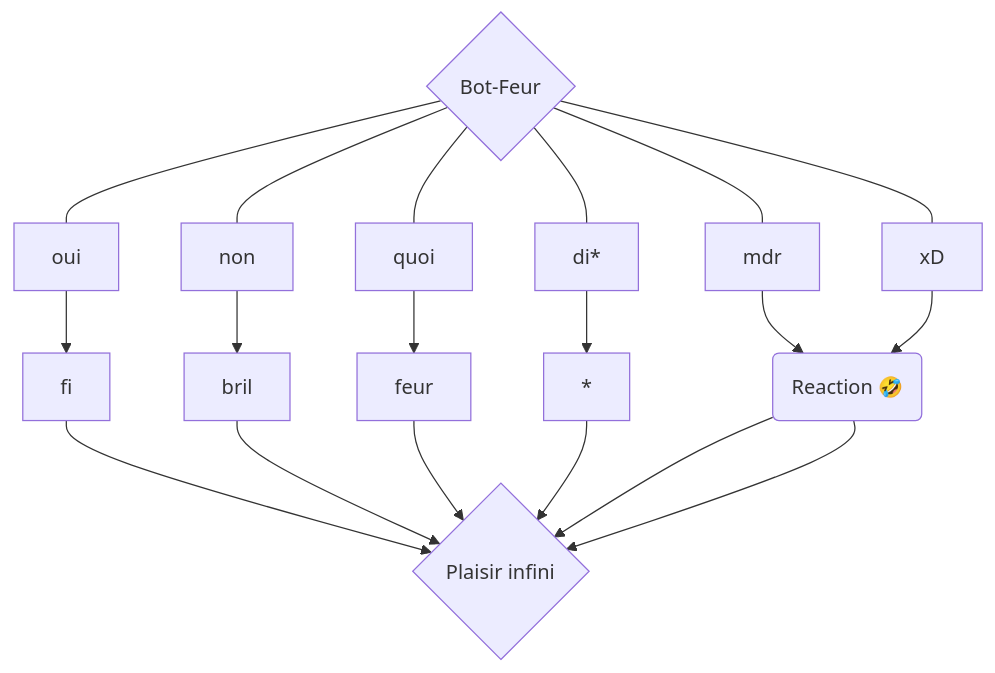
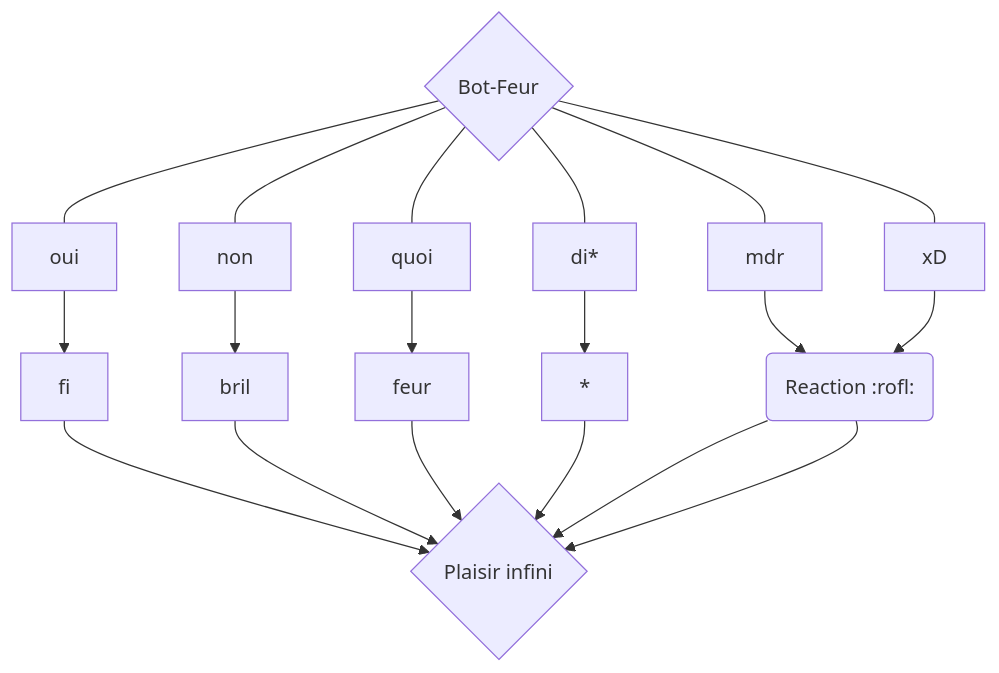
The diagram in README.md (F9mc/Bot-Feur), drawn with Mermaid before and after one commit.

````diff
--- a/README.md
+++ b/README.md
@@ -19,9 +19,9 @@
 ```mermaid
     graph TB
     D{Bot-Feur}---a[oui]-->fi-->c{Plaisir infini}
     D{Bot-Feur}---non-->bril-->c{Plaisir infini}
     D{Bot-Feur}---quoi-->feur-->c{Plaisir infini}
     D{Bot-Feur}---di*-->*-->c{Plaisir infini}
-    D{Bot-Feur}---mdr-->b(Reaction 🤣)-->c{Plaisir infini}
-    D{Bot-Feur}---e[xD]-->b(Reaction 🤣)-->c{Plaisir infini}
+    D{Bot-Feur}---mdr-->b(Reaction :rofl:)-->c{Plaisir infini}
+    D{Bot-Feur}---e[xD]-->b(Reaction :rofl:)-->c{Plaisir infini}
 ```
````
